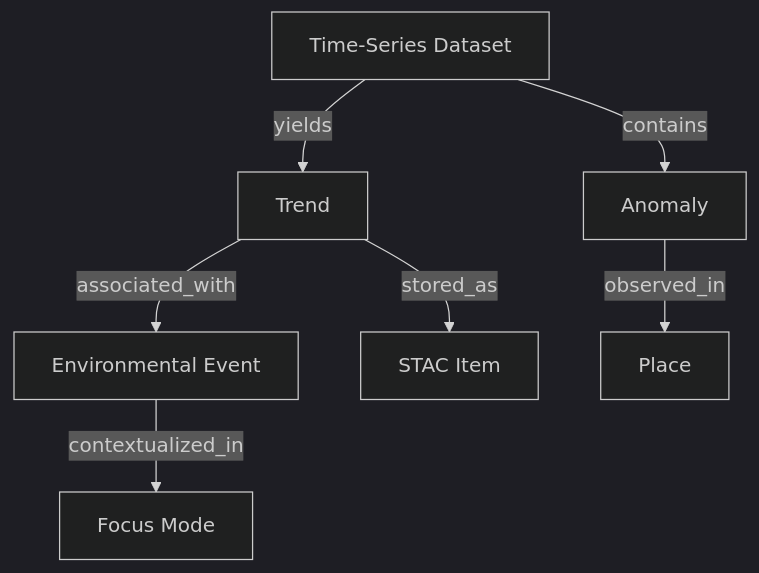
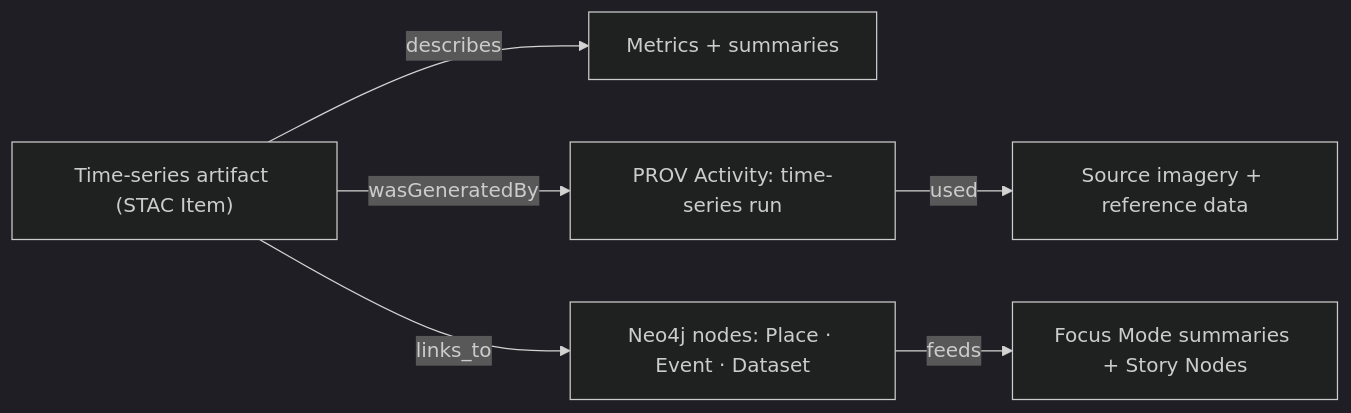
Before and after one commit to bartytime4life/Kansas-Frontier-Matrix: the second of 2 diagrams in docs/analyses/remote-sensing/time-series/README.md, drawn with Mermaid (dark theme). The commit also changed other lines of this file, not shown here.

````diff
--- a/docs/analyses/remote-sensing/time-series/README.md
+++ b/docs/analyses/remote-sensing/time-series/README.md
@@ -101,9 +266,8 @@
-```mermaid
-graph TD
-  TS[Time-Series Dataset] -->|yields| TR[Trend]
-  TS -->|contains| AN[Anomaly]
-  TR -->|associated_with| EV[Environmental Event]
-  AN -->|observed_in| PL[Place]
-  TR -->|stored_as| STAC[STAC Item]
-  EV -->|contextualized_in| FM[Focus Mode]
-```
+~~~mermaid
+flowchart LR
+  TS["Time-series artifact (STAC Item)"] -->|describes| MET["Metrics + summaries"]
+  TS -->|wasGeneratedBy| ACT["PROV Activity: time-series run"]
+  ACT -->|used| SRC["Source imagery + reference data"]
+  TS -->|links_to| KG["Neo4j nodes: Place · Event · Dataset"]
+  KG -->|feeds| FM["Focus Mode summaries + Story Nodes"]
+~~~
````
